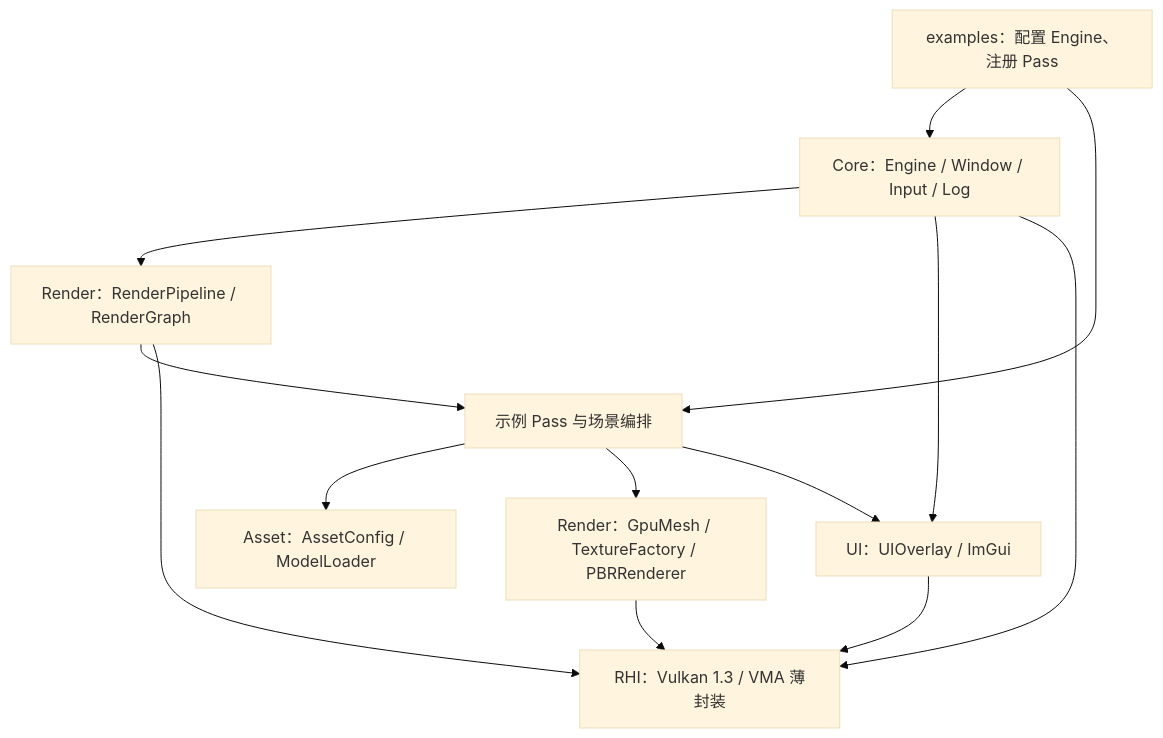
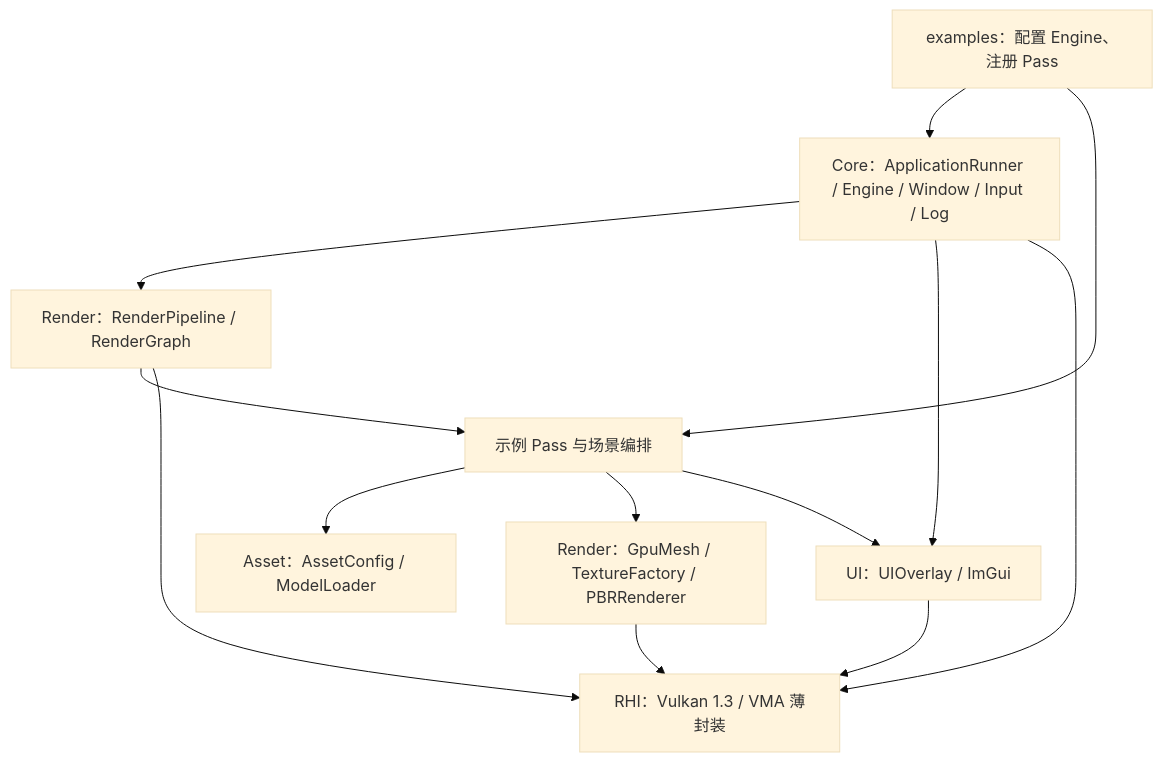
One commit to Cyberyb/KuEngine changed the diagram in docs/design/00-overview.md. Above: the diagram before and after it, drawn with Mermaid (base theme). The commit also changed other lines of this file and 71 other files, not shown here.

````diff
--- a/docs/design/00-overview.md
+++ b/docs/design/00-overview.md
@@ -7,23 +7,23 @@
 ```mermaid
 flowchart TB
     App["examples：配置 Engine、注册 Pass"]
-    Core["Core：Engine / Window / Input / Log"]
+    Core["Core：ApplicationRunner / Engine / Window / Input / Log"]
     Schedule["Render：RenderPipeline / RenderGraph"]
     Pass["示例 Pass 与场景编排"]
     Asset["Asset：AssetConfig / ModelLoader"]
     Render["Render：GpuMesh / TextureFactory / PBRRenderer"]
     UI["UI：UIOverlay / ImGui"]
     RHI["RHI：Vulkan 1.3 / VMA 薄封装"]
     App --> Core
     App --> Pass
     Core --> Schedule
     Core --> UI
     Core --> RHI
     Schedule --> Pass
     Schedule --> RHI
     Pass --> Asset
     Pass --> Render
     Pass --> UI
     Render --> RHI
     UI --> RHI
 ```
````
